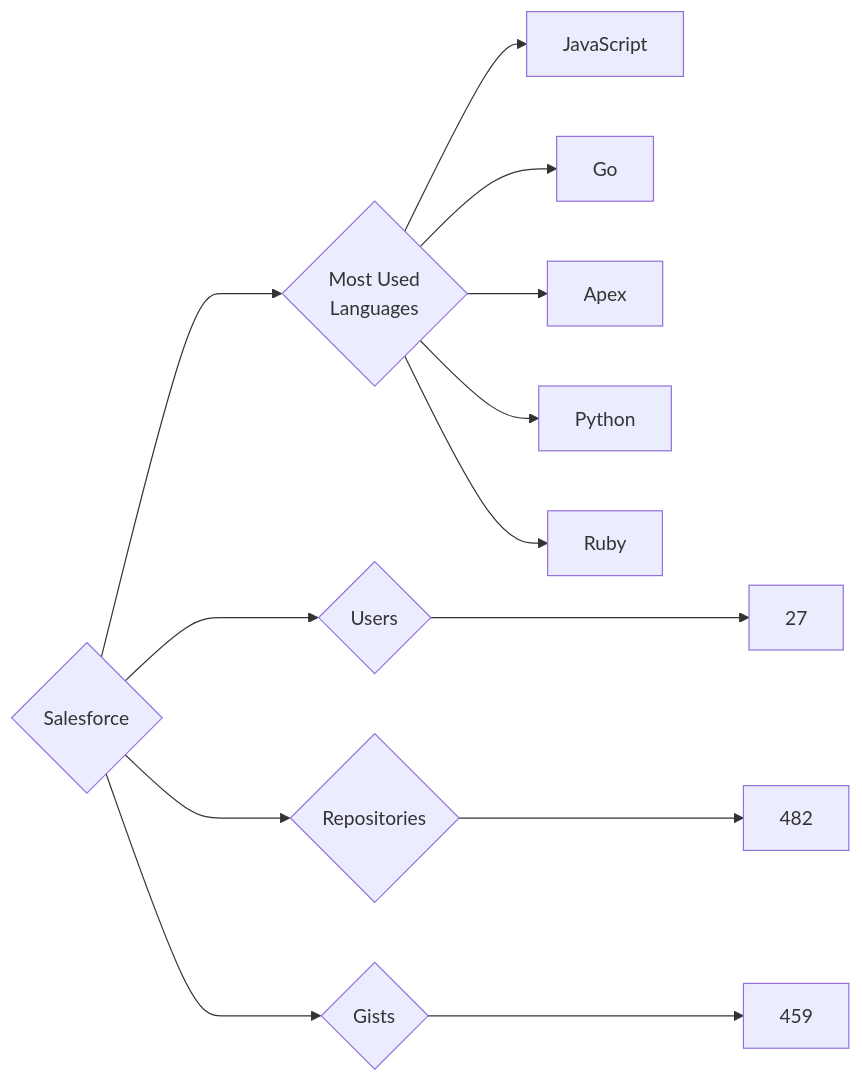
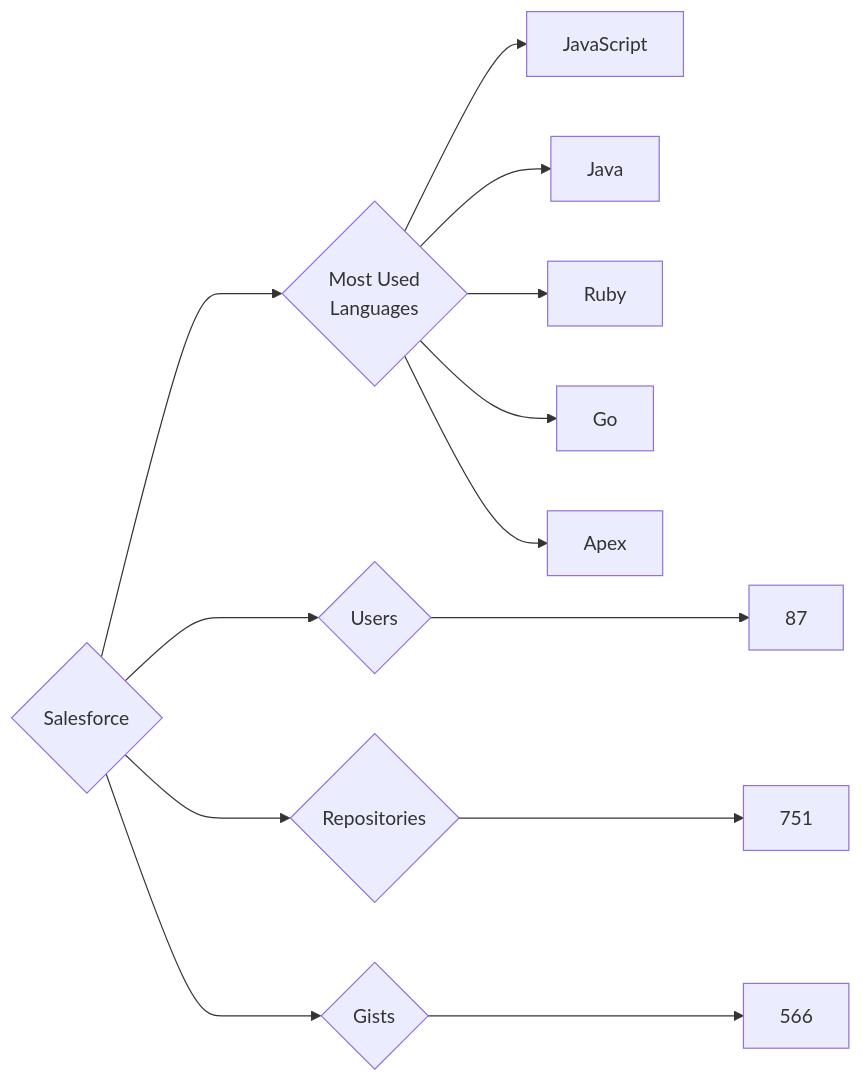
One commit to trickest/insiders changed the diagram in targets/Salesforce/README.md. Above: the diagram before and after it, drawn with Mermaid. The commit also changed 970 other files, not shown here.

````diff
--- a/targets/Salesforce/README.md
+++ b/targets/Salesforce/README.md
@@ -3,13 +3,13 @@
 ```mermaid
 graph LR
 COMPANY_NAME{Salesforce}
-COMPANY_NAME ---> U{Users} ---> UN[27]
-COMPANY_NAME ---> R{Repositories} ---> RN[482]
-COMPANY_NAME ---> G{Gists} ---> GN[459]
+COMPANY_NAME ---> U{Users} ---> UN[87]
+COMPANY_NAME ---> R{Repositories} ---> RN[751]
+COMPANY_NAME ---> G{Gists} ---> GN[566]
 COMPANY_NAME ---> ML{Most Used<br>Languages}
 ML --> JavaScript[JavaScript]
+ML --> Java[Java]
+ML --> Ruby[Ruby]
 ML --> Go[Go]
 ML --> Apex[Apex]
-ML --> Python[Python]
-ML --> Ruby[Ruby]
 ```
````
